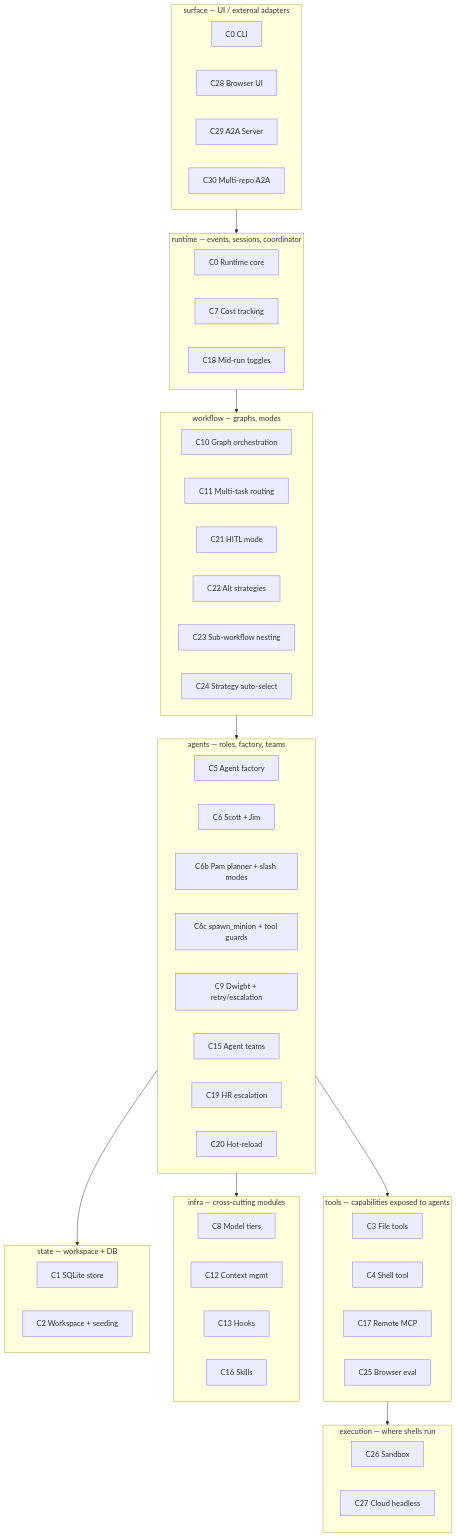
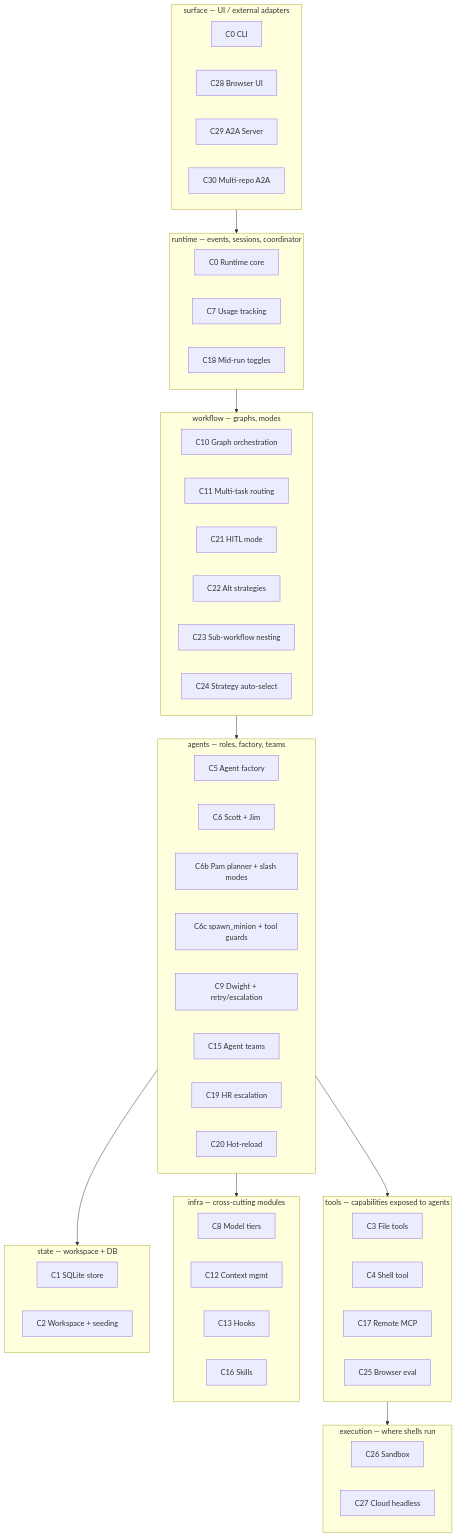
Before and after one commit to VENKATESHWARAN-R/dunder-mifflin-harness: the first of 33 diagrams in docs/ROADMAP.md, drawn with Mermaid. The commit also changed other lines of this file and 38 other files, not shown here.

First line of the commit message:
feat: introduce session usage tracking and update commands

````diff
--- a/docs/ROADMAP.md
+++ b/docs/ROADMAP.md
@@ -25,60 +25,60 @@
 ```mermaid
 flowchart TB
   subgraph surface[surface — UI / external adapters]
     C0v[C0 CLI]
     C28v[C28 Browser UI]
     C29v[C29 A2A Server]
     C30v[C30 Multi-repo A2A]
   end
   subgraph runtime[runtime — events, sessions, coordinator]
     C0r[C0 Runtime core]
-    C7v[C7 Cost tracking]
+    C7v[C7 Usage tracking]
     C18v[C18 Mid-run toggles]
   end
   subgraph workflow[workflow — graphs, modes]
     C10v[C10 Graph orchestration]
     C11v[C11 Multi-task routing]
     C21v[C21 HITL mode]
     C22v[C22 Alt strategies]
     C23v[C23 Sub-workflow nesting]
     C24v[C24 Strategy auto-select]
   end
   subgraph agents[agents — roles, factory, teams]
     C5v[C5 Agent factory]
     C6v[C6 Scott + Jim]
     C6bv[C6b Pam planner + slash modes]
     C6cv[C6c spawn_minion + tool guards]
     C9v[C9 Dwight + retry/escalation]
     C15v[C15 Agent teams]
     C19v[C19 HR escalation]
     C20v[C20 Hot-reload]
   end
   subgraph tools[tools — capabilities exposed to agents]
     C3v[C3 File tools]
     C4v[C4 Shell tool]
     C17v[C17 Remote MCP]
     C25v[C25 Browser eval]
   end
   subgraph infra[infra — cross-cutting modules]
     C8v[C8 Model tiers]
     C12v[C12 Context mgmt]
     C13v[C13 Hooks]
     C16v[C16 Skills]
   end
   subgraph state[state — workspace + DB]
     C1v[C1 SQLite store]
     C2v[C2 Workspace + seeding]
   end
   subgraph execution[execution — where shells run]
     C26v[C26 Sandbox]
     C27v[C27 Cloud headless]
   end
 
   surface --> runtime
   runtime --> workflow
   workflow --> agents
   agents --> tools
   agents --> infra
   agents --> state
   tools --> execution
 ```
````
